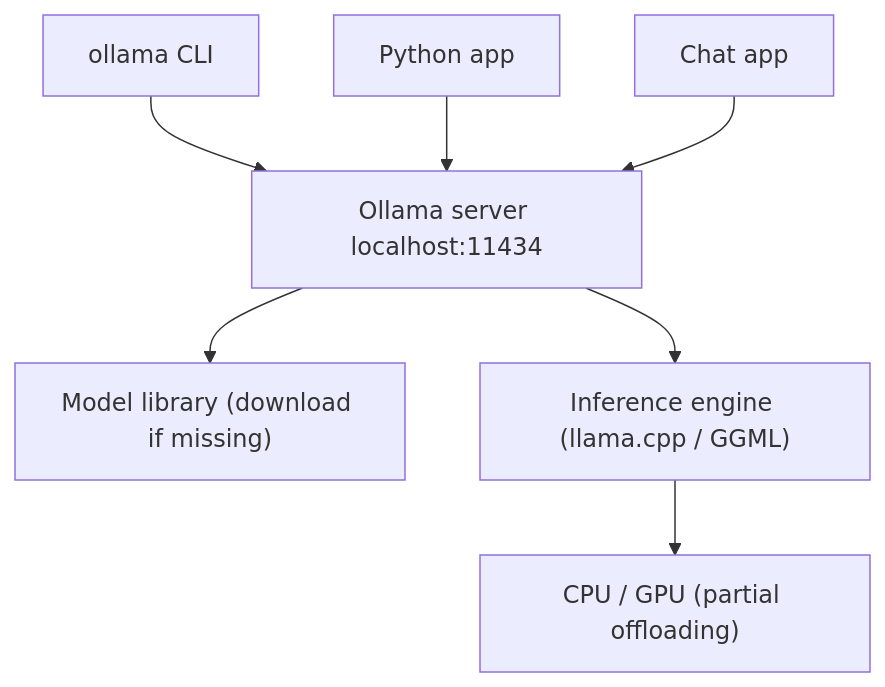
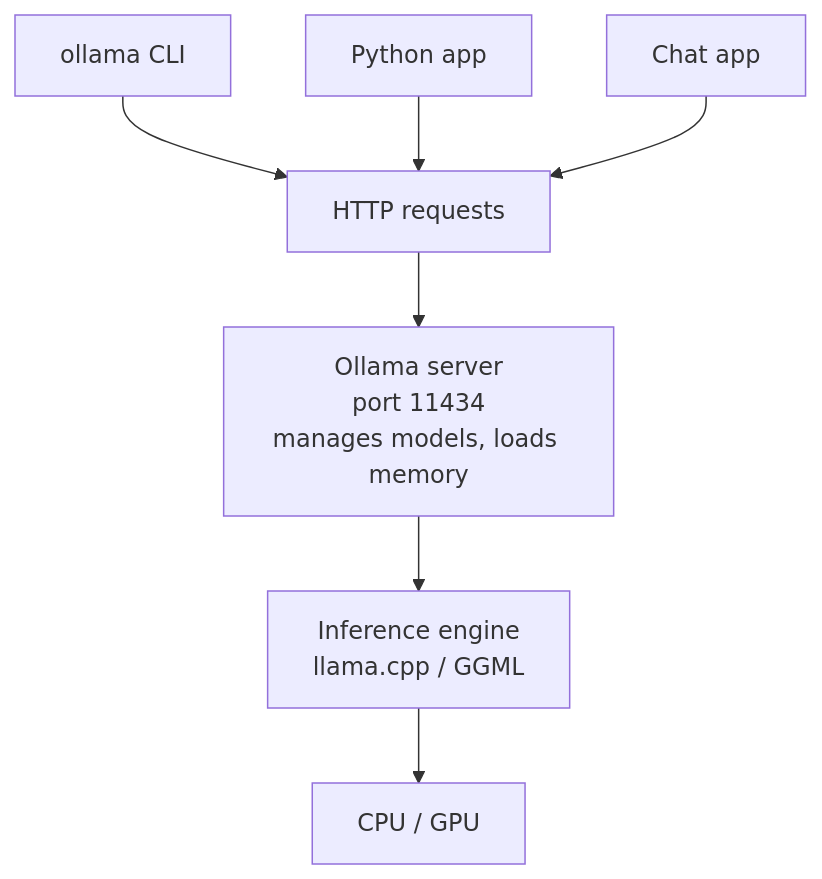
Before and after one commit to kaisarnajar/outcome-school-blogs: the first of 2 diagrams in notes/step-12-llm-inference-engineering/161-how-does-ollama-work.md, drawn with Mermaid. The commit also changed other lines of this file and 233 other files, not shown here.

````diff
--- a/notes/step-12-llm-inference-engineering/161-how-does-ollama-work.md
+++ b/notes/step-12-llm-inference-engineering/161-how-does-ollama-work.md
@@ -55,9 +67,9 @@
 ```mermaid
 flowchart TD
-    C1["ollama CLI"] --> S["Ollama server localhost:11434"]
-    C2["Python app"] --> S
-    C3["Chat app"] --> S
-    S --> L["Model library (download if missing)"]
-    S --> E["Inference engine (llama.cpp / GGML)"]
-    E --> H["CPU / GPU (partial offloading)"]
+    C1["ollama CLI"] --> H["HTTP requests"]
+    C2["Python app"] --> H
+    C3["Chat app"] --> H
+    H --> S["Ollama server<br/>port 11434<br/>manages models, loads memory"]
+    S --> E["Inference engine<br/>llama.cpp / GGML"]
+    E --> HW["CPU / GPU"]
 ```
````
